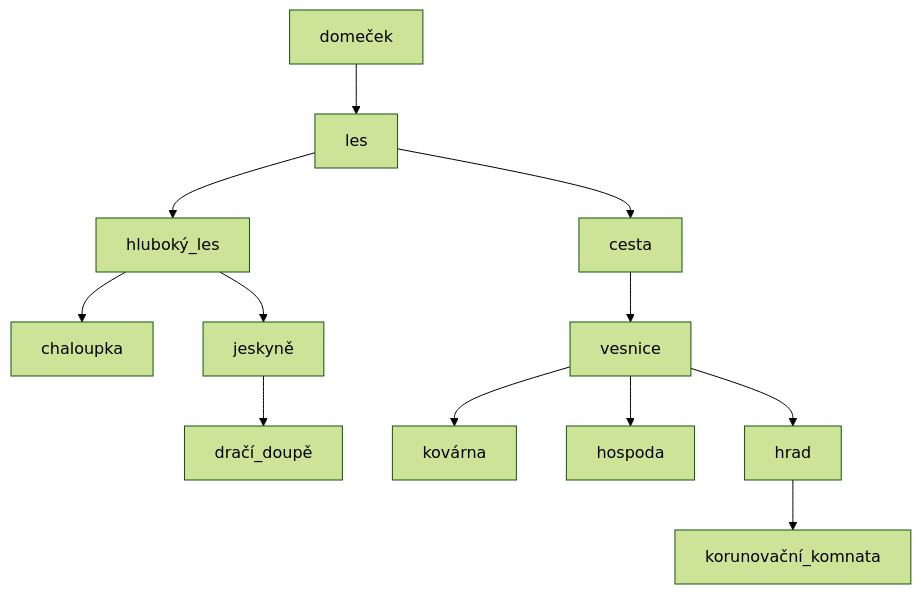
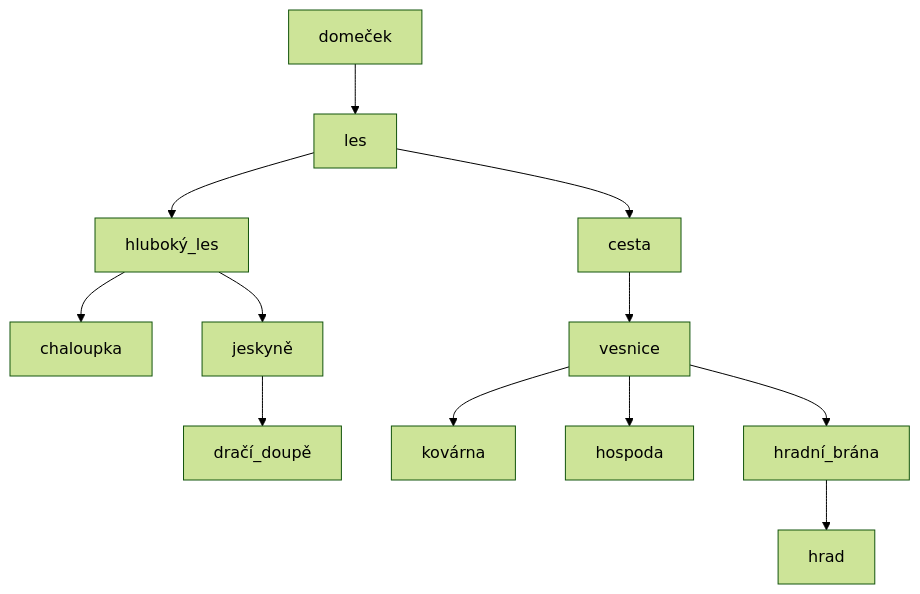
The diagram in README.md (JanKornienko/adventura), drawn with Mermaid (forest theme) before and after one commit. The commit also changed 16 other files, not shown here.

````diff
--- a/README.md
+++ b/README.md
@@ -7,14 +7,14 @@
 ```mermaid
 flowchart TD
     A[domeček] --> B[les]
     B --> C[hluboký_les]
     B --> G[cesta]
     C --> D[chaloupka]
     C --> E[jeskyně]
     E --> F[dračí_doupě]
     G --> H[vesnice]
     H --> I[kovárna]
     H --> J[hospoda]
-    H --> K[hrad]
-    K --> L[korunovační_komnata]
+    H --> K[hradní_brána]
+    K --> L[hrad]
 ```
````
